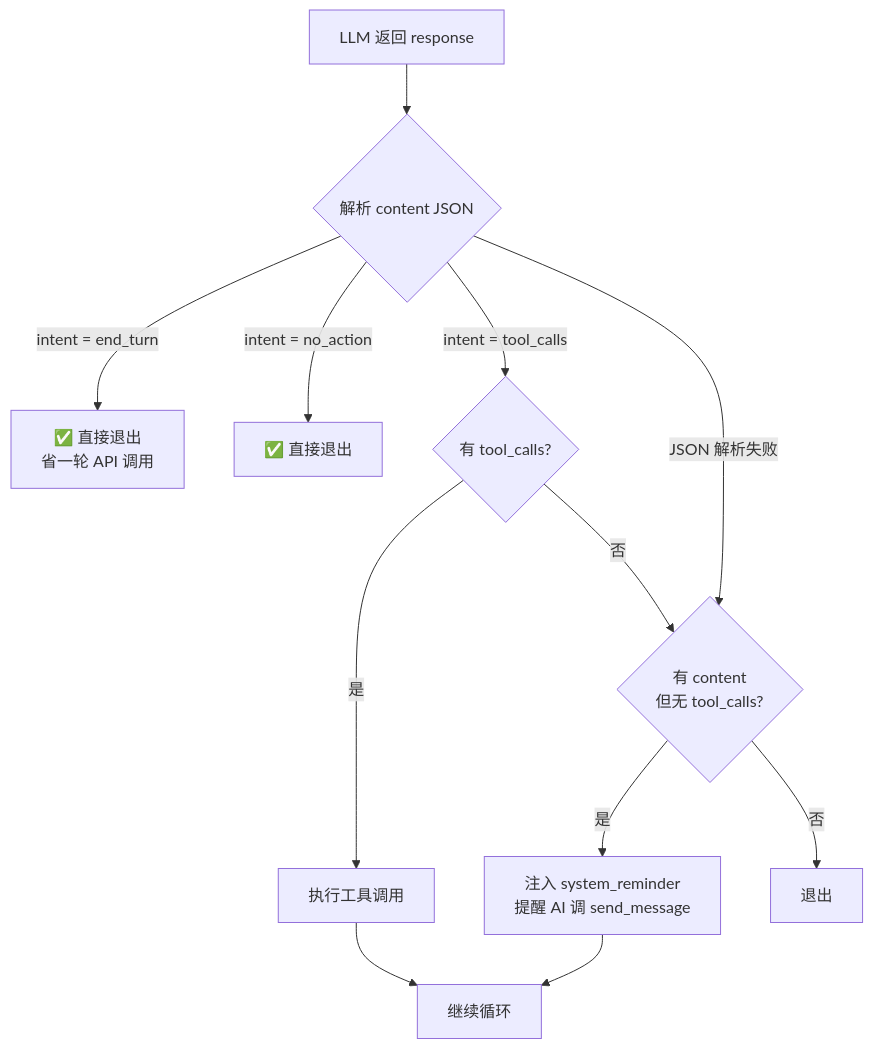
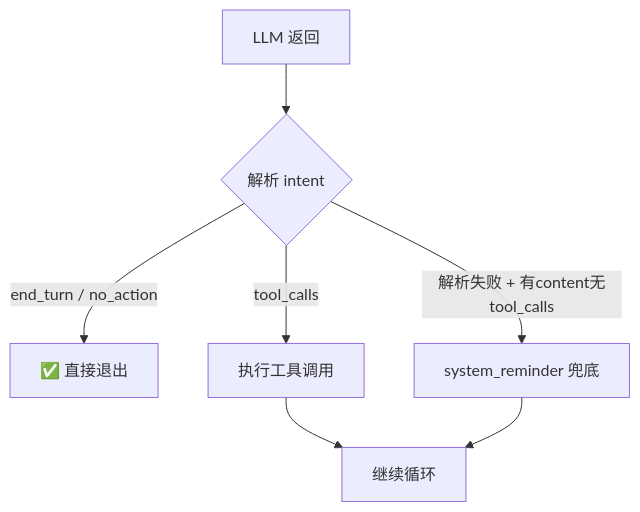
One commit to ShuAICFR/AIsChat changed the third of 7 diagrams in docs/AI认知架构三空间模型.md. Above: the diagram before and after it, drawn with Mermaid. The commit also changed other lines of this file and 21 other files, not shown here.

````diff
--- a/docs/AI认知架构三空间模型.md
+++ b/docs/AI认知架构三空间模型.md
@@ -148,18 +123,9 @@
 ```mermaid
 flowchart TD
-    LLM[LLM 返回 response] --> Parse{解析 content JSON}
-    
-    Parse -->|intent = end_turn| Exit1[✅ 直接退出<br/>省一轮 API 调用]
-    Parse -->|intent = no_action| Exit2[✅ 直接退出]
-    Parse -->|intent = tool_calls| Tools{有 tool_calls?}
-    Parse -->|JSON 解析失败| Reminder{有 content<br/>但无 tool_calls?}
-    
-    Tools -->|是| Execute[执行工具调用]
-    Tools -->|否| Reminder
-    
-    Reminder -->|是| Inject[注入 system_reminder<br/>提醒 AI 调 send_message]
-    Reminder -->|否| Exit3[退出]
-    
-    Inject --> Continue[继续循环]
-    Execute --> Continue
+    LLM[LLM 返回] --> Parse{解析 intent}
+    Parse -->|end_turn / no_action| Exit[✅ 直接退出]
+    Parse -->|tool_calls| Execute[执行工具调用]
+    Parse -->|解析失败 + 有content无tool_calls| Remind[system_reminder 兜底]
+    Execute --> Continue[继续循环]
+    Remind --> Continue
 ```
````
